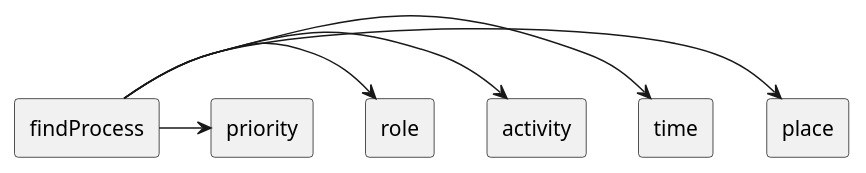
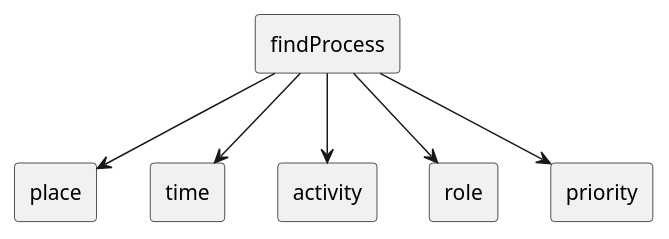
One commit to oneacik/mindoo changed the fourth of 4 diagrams in public/Processes/The Process.md. Above: the diagram before and after it, drawn with PlantUML. The commit also changed other lines of this file and 14 other files, not shown here.

````diff
--- a/public/Processes/The Process.md
+++ b/public/Processes/The Process.md
@@ -13,17 +47,15 @@
 ```plantuml
-
 rectangle findProcess
 
 rectangle place [[#findProcessPlace]]
 rectangle time
 rectangle activity [[#findProcessActivity]]
 rectangle role
 rectangle priority
 
-findProcess -> place 
-findProcess -> time
-findProcess -> activity
-findProcess -> role
-findProcess -> priority
-
+findProcess --> place 
+findProcess --> time
+findProcess --> activity
+findProcess --> role
+findProcess --> priority
 ```
````
